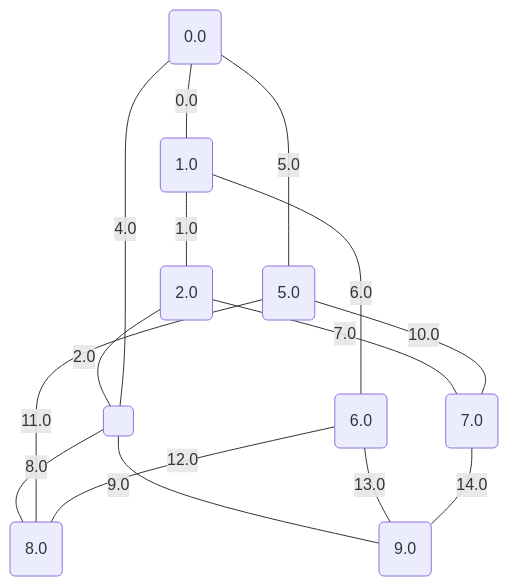
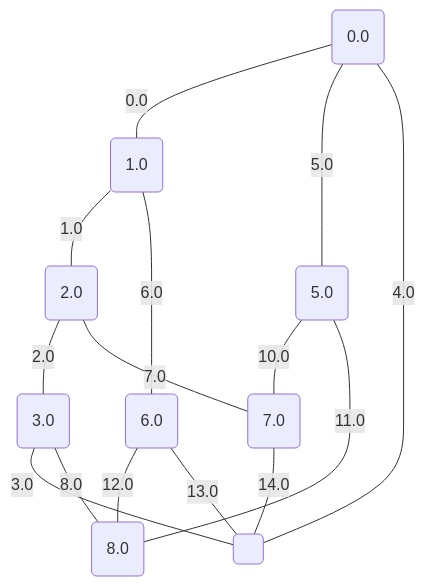
The third of 17 diagrams in project/src/testing/minCutPetersen.md (metury/graphs), drawn with Mermaid before and after one commit. The commit also changed other lines of this file and 27 other files, not shown here.

````diff
--- a/project/src/testing/minCutPetersen.md
+++ b/project/src/testing/minCutPetersen.md
@@ -75,26 +75,26 @@
 ```mermaid
 graph TD;
 0("0.0");
 1("1.0");
 2("2.0");
-3("5.0");
-4("6.0");
-5("7.0");
-6("8.0");
-7("9.0");
+3("3.0");
+4("5.0");
+5("6.0");
+6("7.0");
+7("8.0");
 8(" ");
 	0 -- "0.0" --- 1;
 	1 -- "1.0" --- 2;
-	2 -- "2.0" --- 8;
+	2 -- "2.0" --- 3;
+	3 -- "3.0" --- 8;
 	8 -- "4.0" --- 0;
-	0 -- "5.0" --- 3;
-	1 -- "6.0" --- 4;
-	2 -- "7.0" --- 5;
-	8 -- "8.0" --- 6;
-	8 -- "9.0" --- 7;
-	3 -- "10.0" --- 5;
-	3 -- "11.0" --- 6;
-	4 -- "12.0" --- 6;
-	4 -- "13.0" --- 7;
-	5 -- "14.0" --- 7;
+	0 -- "5.0" --- 4;
+	1 -- "6.0" --- 5;
+	2 -- "7.0" --- 6;
+	3 -- "8.0" --- 7;
+	4 -- "10.0" --- 6;
+	4 -- "11.0" --- 7;
+	5 -- "12.0" --- 7;
+	5 -- "13.0" --- 8;
+	6 -- "14.0" --- 8;
 ```
````
